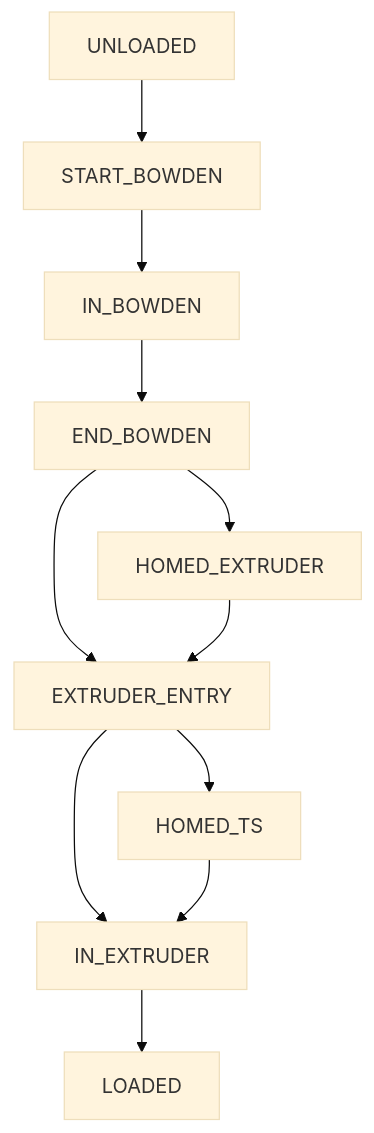
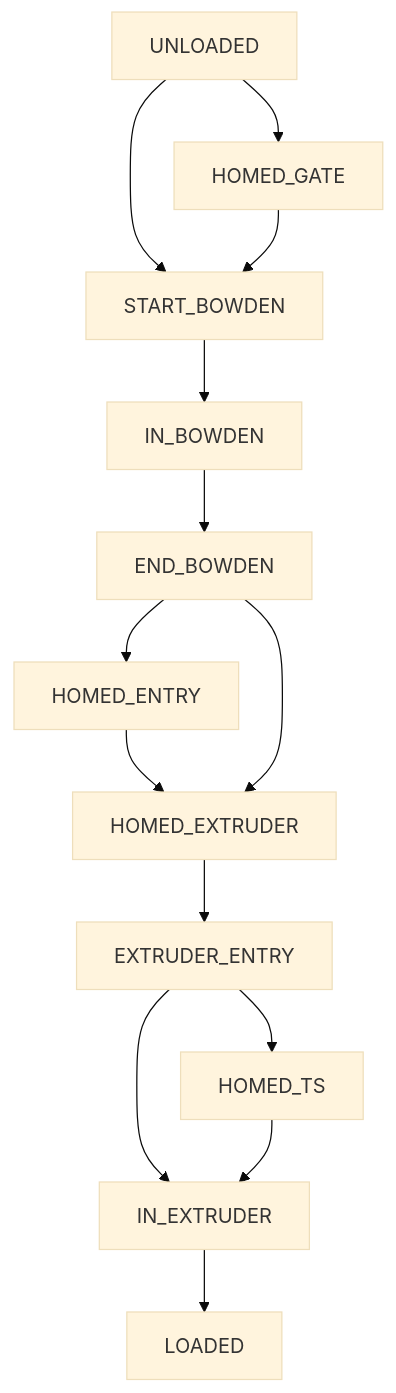
One commit to moggieuk/Happy-Hare changed the diagram in doc/macro_customization.md. Above: the diagram before and after it, drawn with Mermaid (base theme). The commit also changed other lines of this file and 1 other file, not shown here.

````diff
--- a/doc/macro_customization.md
+++ b/doc/macro_customization.md
@@ -363,13 +363,16 @@
 ```mermaid
 graph TD;
+    UNLOADED --> HOMED_GATE
     UNLOADED --> START_BOWDEN
+    HOMED_GATE --> START_BOWDEN
     START_BOWDEN --> IN_BOWDEN
     IN_BOWDEN --> END_BOWDEN
+    END_BOWDEN --> HOMED_ENTRY
+    HOMED_ENTRY --> HOMED_EXTRUDER
     END_BOWDEN --> HOMED_EXTRUDER
-    END_BOWDEN --> EXTRUDER_ENTRY
     HOMED_EXTRUDER --> EXTRUDER_ENTRY
     EXTRUDER_ENTRY --> HOMED_TS
     EXTRUDER_ENTRY --> IN_EXTRUDER
     HOMED_TS --> IN_EXTRUDER
     IN_EXTRUDER --> LOADED
 ```
````
